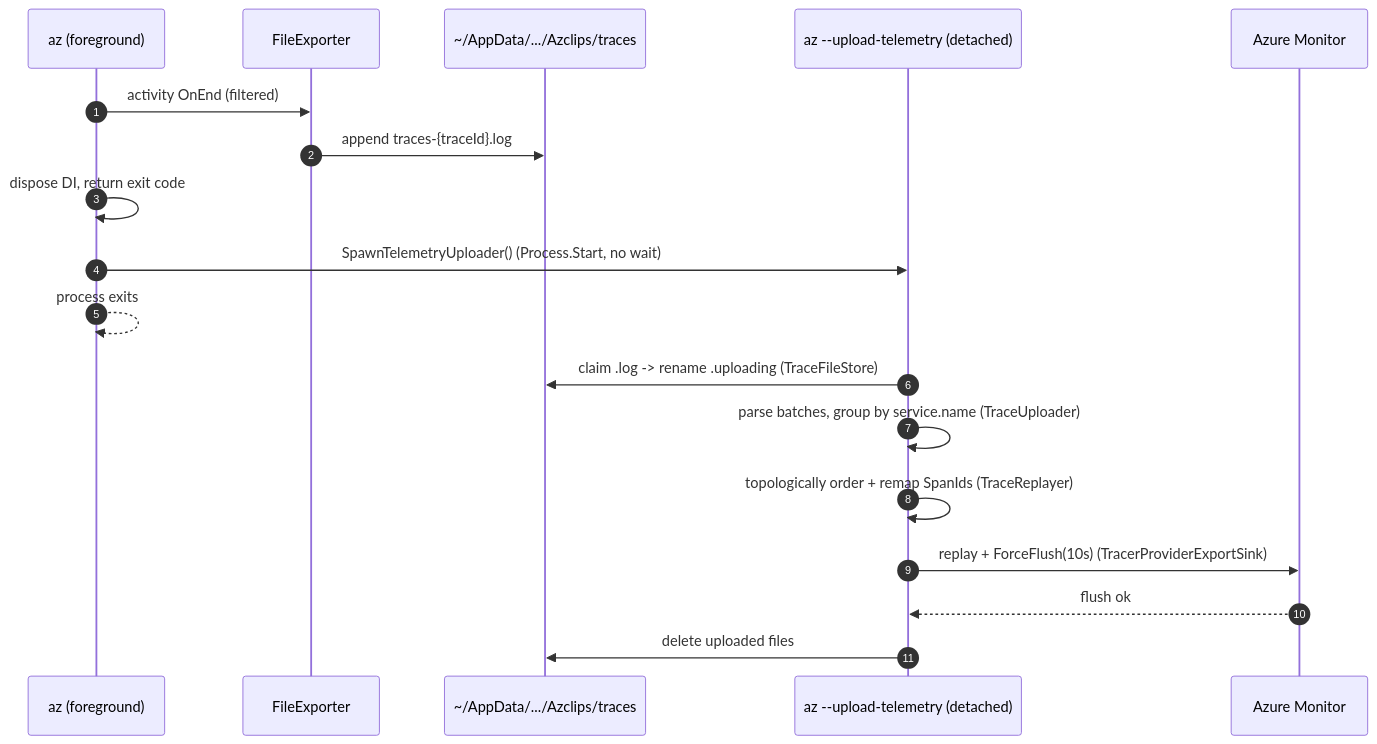
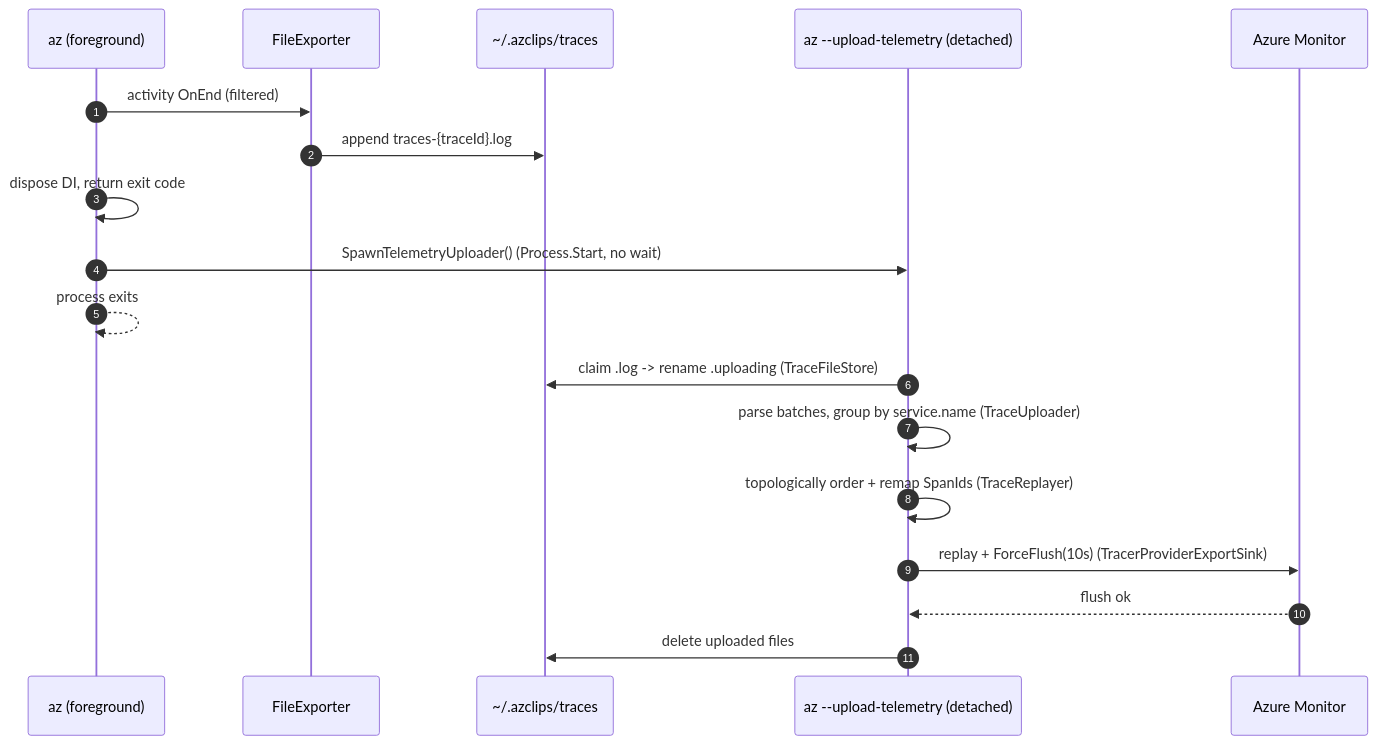
One commit to Azure/azclips changed the second of 2 diagrams in wiki/02-deep-dive/telemetry.md. Above: the diagram before and after it, drawn with Mermaid. The commit also changed other lines of this file and 18 other files, not shown here.

First line of the commit message:
Move telemetry traces and boundary cache to Azclips home

````diff
--- a/wiki/02-deep-dive/telemetry.md
+++ b/wiki/02-deep-dive/telemetry.md
@@ -180,20 +186,20 @@
 ```mermaid
 sequenceDiagram
     autonumber
     participant Cmd as az (foreground)
     participant Exp as FileExporter
-    participant Disk as ~/AppData/.../Azclips/traces
+    participant Disk as ~/.azclips/traces
     participant Up as az --upload-telemetry (detached)
     participant AM as Azure Monitor
     Cmd->>Exp: activity OnEnd (filtered)
     Exp->>Disk: append traces-{traceId}.log
     Cmd->>Cmd: dispose DI, return exit code
     Cmd->>Up: SpawnTelemetryUploader() (Process.Start, no wait)
     Cmd-->>Cmd: process exits
     Up->>Disk: claim .log -> rename .uploading (TraceFileStore)
     Up->>Up: parse batches, group by service.name (TraceUploader)
     Up->>Up: topologically order + remap SpanIds (TraceReplayer)
     Up->>AM: replay + ForceFlush(10s) (TracerProviderExportSink)
     AM-->>Up: flush ok
     Up->>Disk: delete uploaded files
 ```
````
